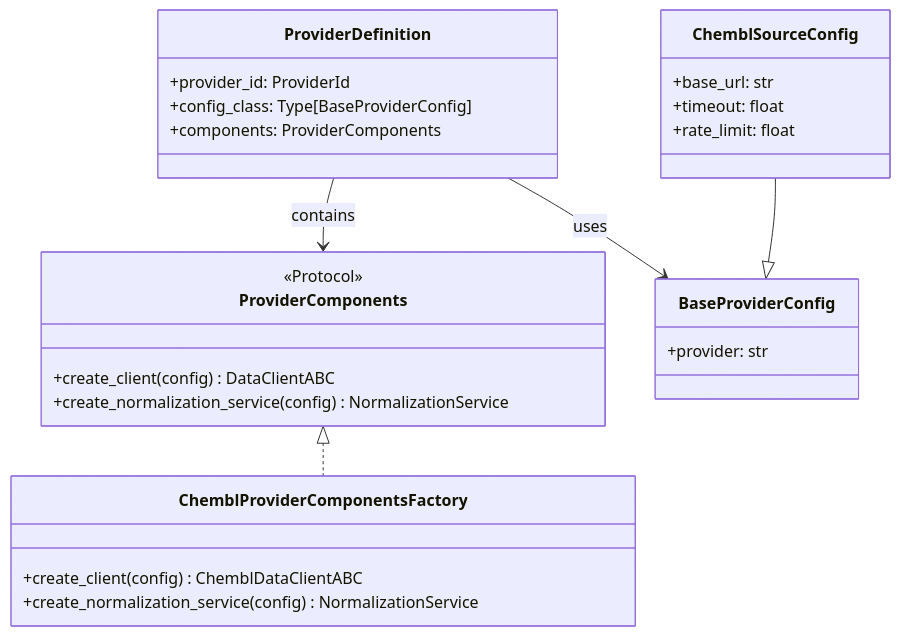
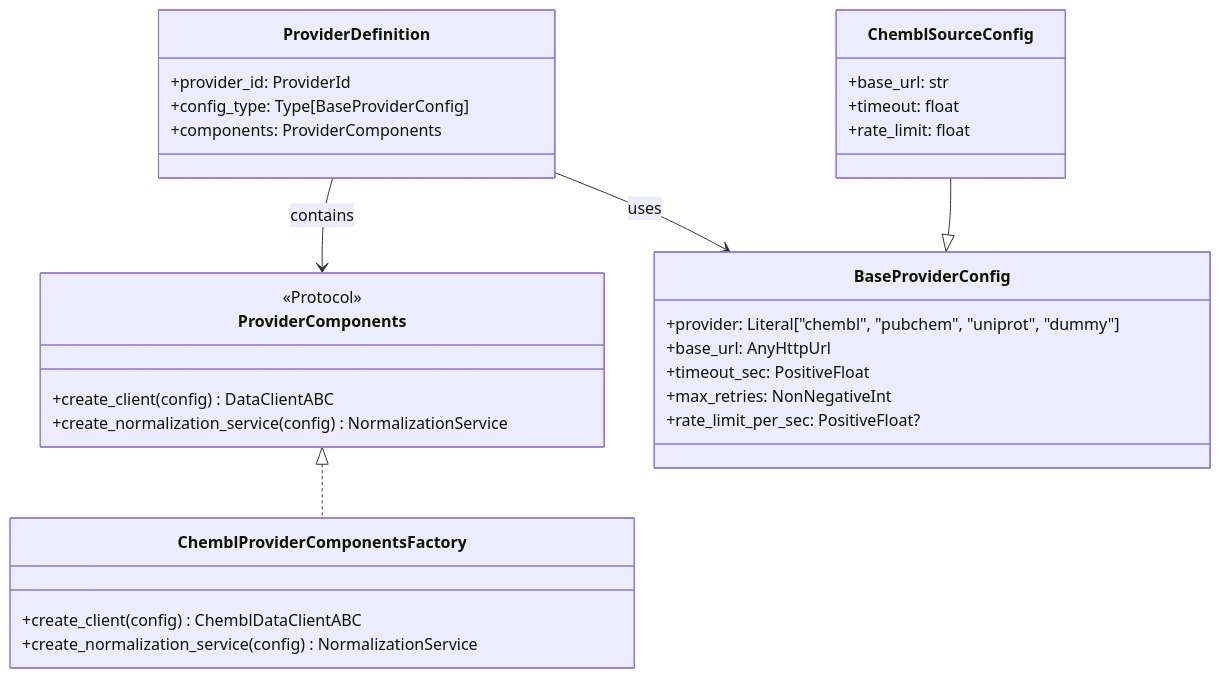
The tenth of 10 diagrams in docs/architecture/15-class-diagrams-infrastructure.md (SatoryKono/BioactivityDataAcquisition), drawn with Mermaid before and after one commit. The commit also changed 6 other files, not shown here.

Commit message:
Refactor provider and normalization config models

````diff
--- a/docs/architecture/15-class-diagrams-infrastructure.md
+++ b/docs/architecture/15-class-diagrams-infrastructure.md
@@ -397,34 +397,38 @@
 ```mermaid
 classDiagram
     class ProviderComponents {
         <<Protocol>>
         +create_client(config) DataClientABC
         +create_normalization_service(config) NormalizationService
     }
 
     class ChemblProviderComponentsFactory {
         +create_client(config) ChemblDataClientABC
         +create_normalization_service(config) NormalizationService
     }
 
     class ProviderDefinition {
         +provider_id: ProviderId
-        +config_class: Type[BaseProviderConfig]
+        +config_type: Type[BaseProviderConfig]
         +components: ProviderComponents
     }
 
     class ChemblSourceConfig {
         +base_url: str
         +timeout: float
         +rate_limit: float
     }
 
     class BaseProviderConfig {
-        +provider: str
+        +provider: Literal["chembl", "pubchem", "uniprot", "dummy"]
+        +base_url: AnyHttpUrl
+        +timeout_sec: PositiveFloat
+        +max_retries: NonNegativeInt
+        +rate_limit_per_sec: PositiveFloat?
     }
 
     ProviderComponents <|.. ChemblProviderComponentsFactory
     ProviderDefinition --> ProviderComponents : contains
     ProviderDefinition --> BaseProviderConfig : uses
     ChemblSourceConfig --|> BaseProviderConfig
 ```
````
